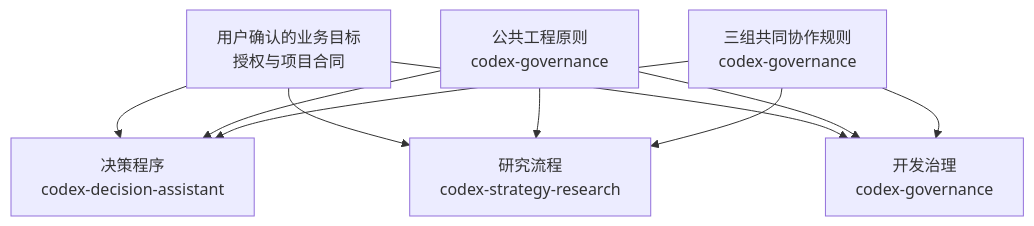
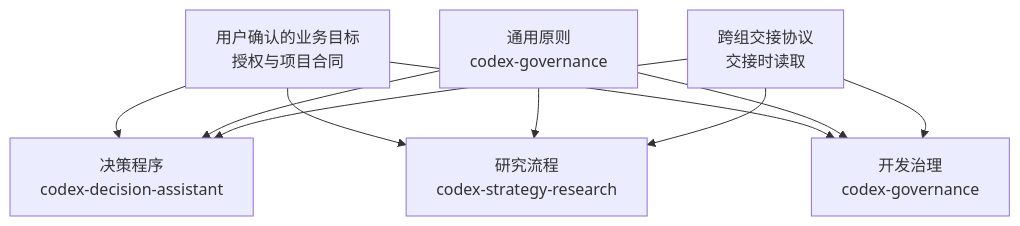
One commit to slowchillchill/codex-decision-assistant changed the first of 2 diagrams in README.zh-CN.md. Above: the diagram before and after it, drawn with Mermaid. The commit also changed other lines of this file and 6 other files, not shown here.

````diff
--- a/README.zh-CN.md
+++ b/README.zh-CN.md
@@ -19,18 +19,18 @@
 ```mermaid
 flowchart TD
     U["用户确认的业务目标<br/>授权与项目合同"]
-    P["公共工程原则<br/>codex-governance"]
-    C["三组共同协作规则<br/>codex-governance"]
+    P["通用原则<br/>codex-governance"]
+    C["跨组交接协议<br/>交接时读取"]
     D["决策程序<br/>codex-decision-assistant"]
     R["研究流程<br/>codex-strategy-research"]
     E["开发治理<br/>codex-governance"]
     U --> D
     U --> R
     U --> E
     P --> D
     P --> R
     P --> E
     C --> D
     C --> R
     C --> E
 ```
````
